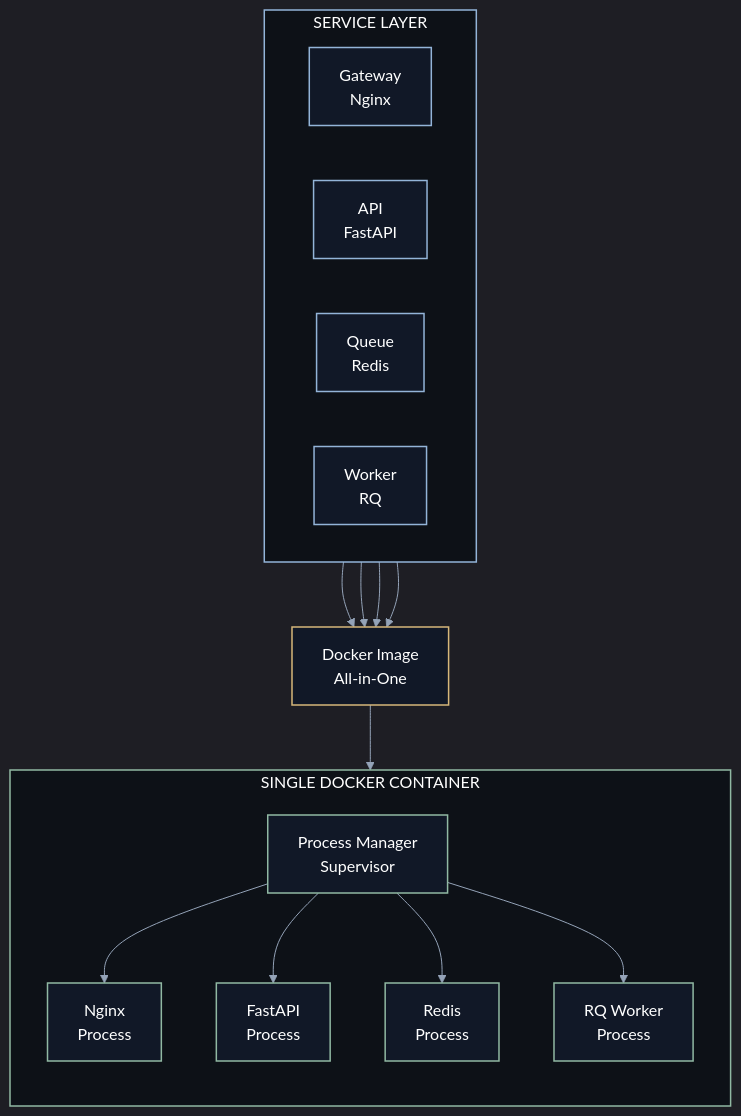
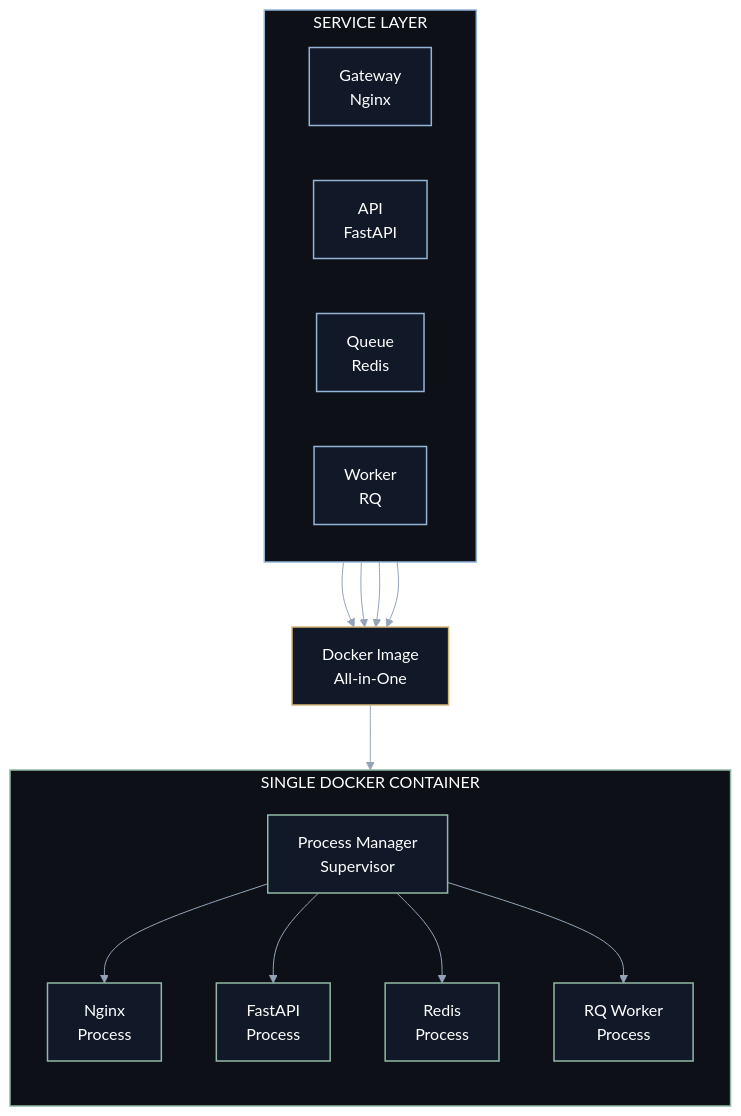
Before and after one commit to TranKiet146/docflow_SOA_Seminar: the second of 3 diagrams in README.md, drawn with Mermaid. The commit also changed other lines of this file, not shown here.

Commit message:
add color diagram

````diff
--- a/README.md
+++ b/README.md
@@ -415,45 +415,45 @@
 ```mermaid
-%%{init: {"theme": "dark", "themeVariables": {"fontFamily": "Arial", "fontSize": "16px", "primaryTextColor": "#FFFFFF", "lineColor": "#94A3B8"}, "flowchart": {"htmlLabels": true, "nodeSpacing": 55, "rankSpacing": 65, "useMaxWidth": true}}}%%
+%%{init: {"theme": "light", "themeVariables": {"fontFamily": "Arial", "fontSize": "16px", "primaryTextColor": "#FFFFFF", "lineColor": "#94A3B8"}, "flowchart": {"htmlLabels": true, "nodeSpacing": 55, "rankSpacing": 65, "useMaxWidth": true}}}%%
 flowchart TB
     subgraph SL["SERVICE LAYER"]
         direction LR
         S1["Gateway<br/>Nginx"]
         S2["API<br/>FastAPI"]
         S3["Queue<br/>Redis"]
         S4["Worker<br/>RQ"]
     end
 
     IMG["Docker Image<br/>All-in-One"]
 
     subgraph CL["SINGLE DOCKER CONTAINER"]
         direction TB
         PM["Process Manager<br/>Supervisor"]
         P1["Nginx<br/>Process"]
         P2["FastAPI<br/>Process"]
         P3["Redis<br/>Process"]
         P4["RQ Worker<br/>Process"]
 
         PM --> P1
         PM --> P2
         PM --> P3
         PM --> P4
     end
 
     S1 --> IMG
     S2 --> IMG
     S3 --> IMG
     S4 --> IMG
     IMG --> PM
 
     classDef default fill:#111827,stroke:#CBD5E1,stroke-width:1px,color:#FFFFFF
     classDef service fill:#111827,stroke:#93B4D8,stroke-width:1.5px,color:#FFFFFF
     classDef image fill:#111827,stroke:#D6B77A,stroke-width:1.5px,color:#FFFFFF
     classDef process fill:#111827,stroke:#91B9A3,stroke-width:1.5px,color:#FFFFFF
 
     class S1,S2,S3,S4 service
     class IMG image
     class PM,P1,P2,P3,P4 process
 
     style SL fill:#0D1117,stroke:#93B4D8,stroke-width:1.5px,color:#FFFFFF
     style CL fill:#0D1117,stroke:#91B9A3,stroke-width:1.5px,color:#FFFFFF
 ```
````
